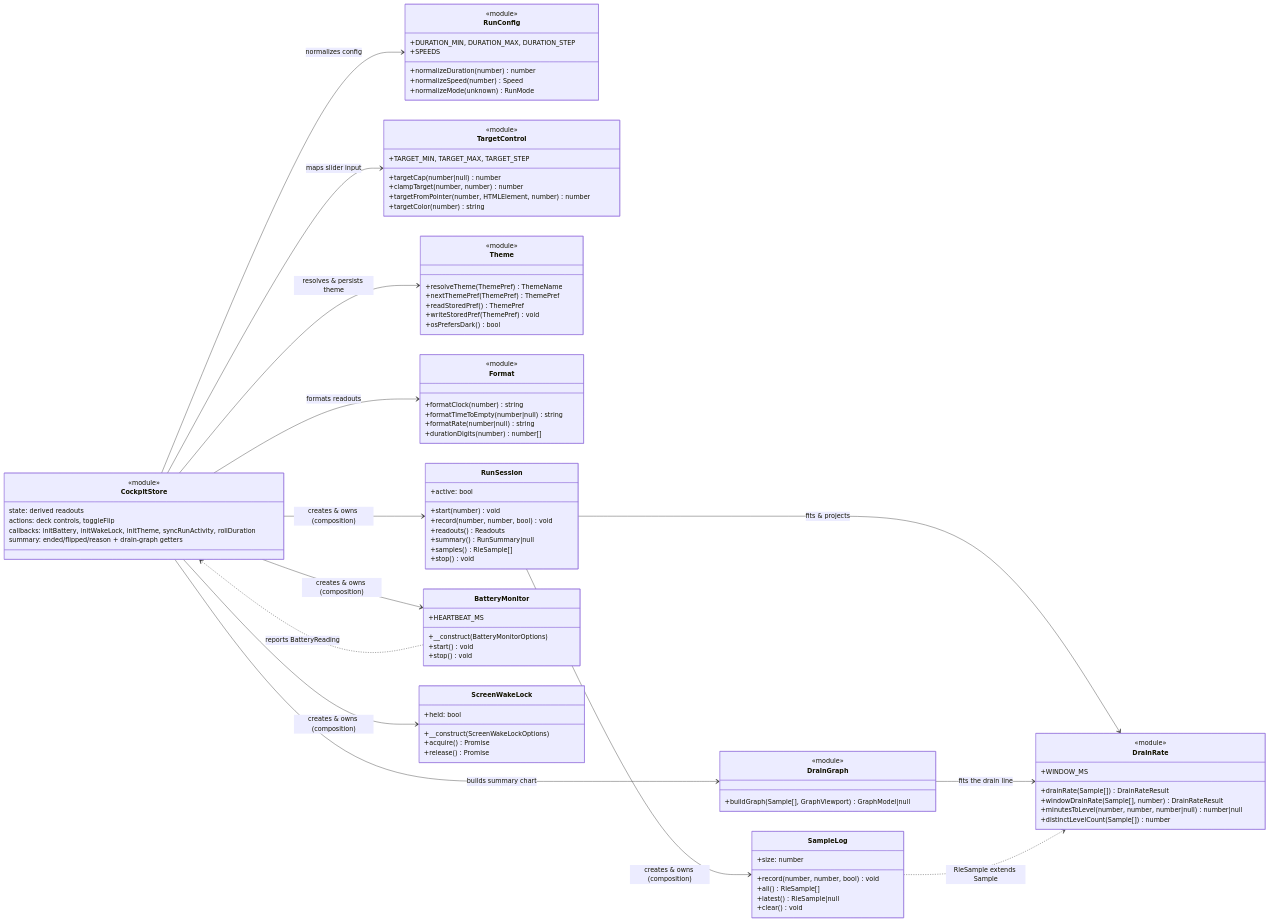
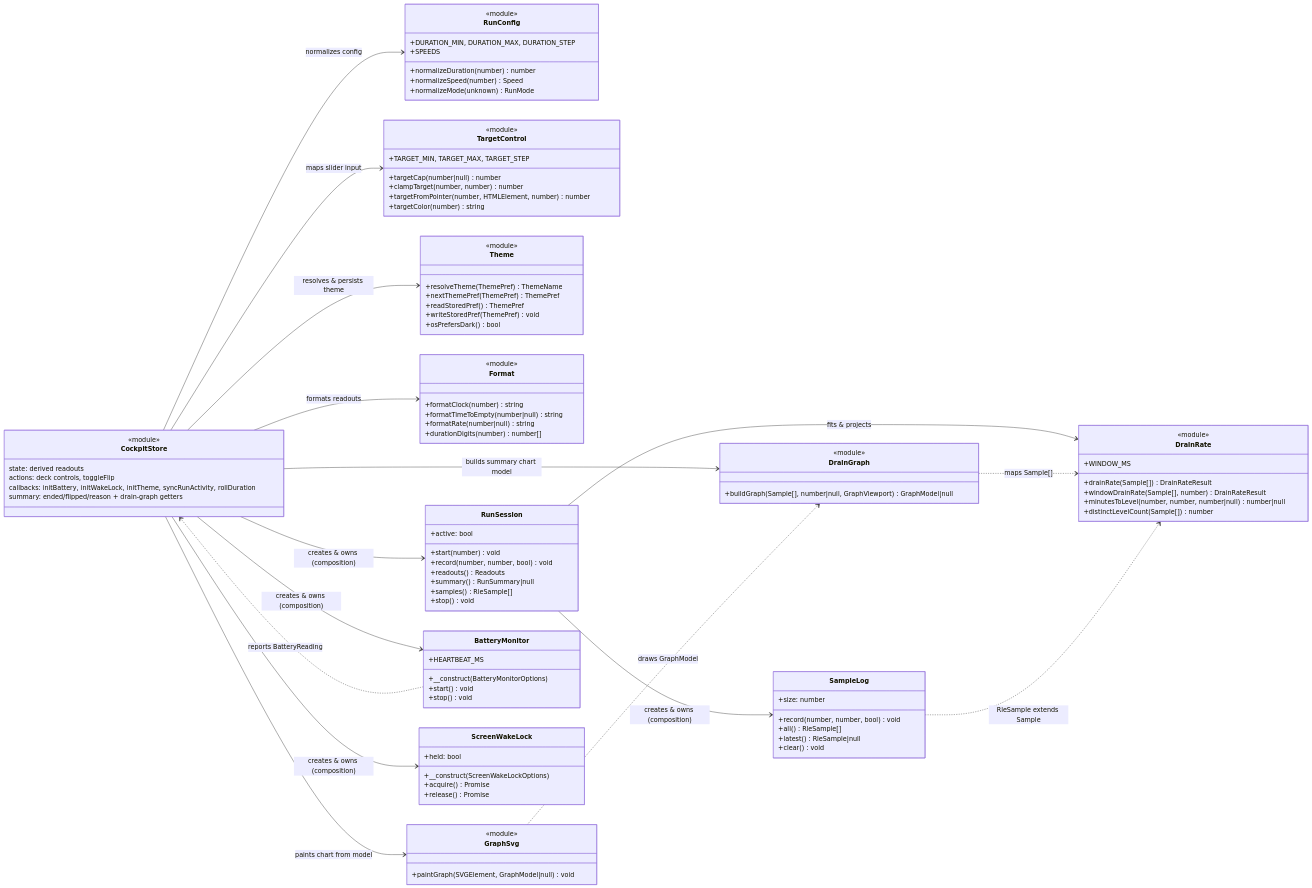
Before and after one commit to erdembircan/battery-surf-bench: the diagram in docs/contracts/cockpit-frontend-modules.mmd, drawn with Mermaid. The commit also changed 12 other files, not shown here.

First line of the commit message:
[FEAT]: redesign the summary drain graph on a normalized frame

```diff
--- a/docs/contracts/cockpit-frontend-modules.mmd
+++ b/docs/contracts/cockpit-frontend-modules.mmd
@@ -1,109 +1,116 @@
 %% Cockpit front-end modules — contract chart.
 %% The client side of the `bsb/cockpit` block: the Interactivity store and the
 %% focused domains it delegates to. Function-only modules are marked
 %% <<module>>; the rest are classes. Only the public (exported) surface is shown.
 classDiagram
     direction LR
 
     class CockpitStore {
         <<module>>
         state: derived readouts
         actions: deck controls, toggleFlip
         callbacks: initBattery, initWakeLock, initTheme, syncRunActivity, rollDuration
         summary: ended/flipped/reason + drain-graph getters
     }
 
     class RunConfig {
         <<module>>
         +normalizeDuration(number) number
         +normalizeSpeed(number) Speed
         +normalizeMode(unknown) RunMode
         +DURATION_MIN, DURATION_MAX, DURATION_STEP
         +SPEEDS
     }
 
     class TargetControl {
         <<module>>
         +targetCap(number|null) number
         +clampTarget(number, number) number
         +targetFromPointer(number, HTMLElement, number) number
         +targetColor(number) string
         +TARGET_MIN, TARGET_MAX, TARGET_STEP
     }
 
     class Theme {
         <<module>>
         +resolveTheme(ThemePref) ThemeName
         +nextThemePref(ThemePref) ThemePref
         +readStoredPref() ThemePref
         +writeStoredPref(ThemePref) void
         +osPrefersDark() bool
     }
 
     class Format {
         <<module>>
         +formatClock(number) string
         +formatTimeToEmpty(number|null) string
         +formatRate(number|null) string
         +durationDigits(number) number[]
     }
 
     class DrainRate {
         <<module>>
         +drainRate(Sample[]) DrainRateResult
         +windowDrainRate(Sample[], number) DrainRateResult
         +minutesToLevel(number, number, number|null) number|null
         +distinctLevelCount(Sample[]) number
         +WINDOW_MS
     }
 
     class DrainGraph {
         <<module>>
-        +buildGraph(Sample[], GraphViewport) GraphModel|null
+        +buildGraph(Sample[], number|null, GraphViewport) GraphModel|null
+    }
+
+    class GraphSvg {
+        <<module>>
+        +paintGraph(SVGElement, GraphModel|null) void
     }
 
     class SampleLog {
         +record(number, number, bool) void
         +all() RleSample[]
         +latest() RleSample|null
         +size: number
         +clear() void
     }
 
     class RunSession {
         +start(number) void
         +active: bool
         +record(number, number, bool) void
         +readouts() Readouts
         +summary() RunSummary|null
         +samples() RleSample[]
         +stop() void
     }
 
     class BatteryMonitor {
         +__construct(BatteryMonitorOptions)
         +start() void
         +stop() void
         +HEARTBEAT_MS
     }
 
     class ScreenWakeLock {
         +__construct(ScreenWakeLockOptions)
         +acquire() Promise
         +release() Promise
         +held: bool
     }
 
     CockpitStore --> RunConfig : normalizes config
     CockpitStore --> TargetControl : maps slider input
     CockpitStore --> Theme : resolves & persists theme
     CockpitStore --> Format : formats readouts
     CockpitStore --> BatteryMonitor : creates & owns (composition)
     CockpitStore --> ScreenWakeLock : creates & owns (composition)
     CockpitStore --> RunSession : creates & owns (composition)
     BatteryMonitor ..> CockpitStore : reports BatteryReading
-    CockpitStore --> DrainGraph : builds summary chart
+    CockpitStore --> DrainGraph : builds summary chart model
+    CockpitStore --> GraphSvg : paints chart from model
+    GraphSvg ..> DrainGraph : draws GraphModel
     RunSession --> SampleLog : creates & owns (composition)
     RunSession --> DrainRate : fits & projects
-    DrainGraph --> DrainRate : fits the drain line
+    DrainGraph ..> DrainRate : maps Sample[]
     SampleLog ..> DrainRate : RleSample extends Sample
```
